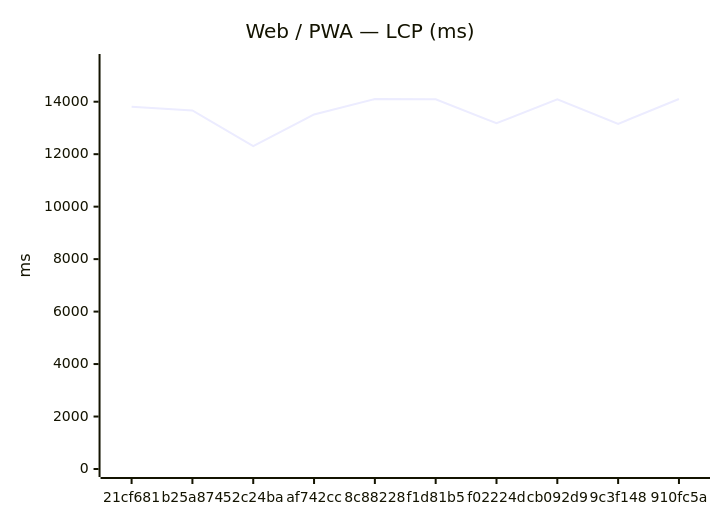
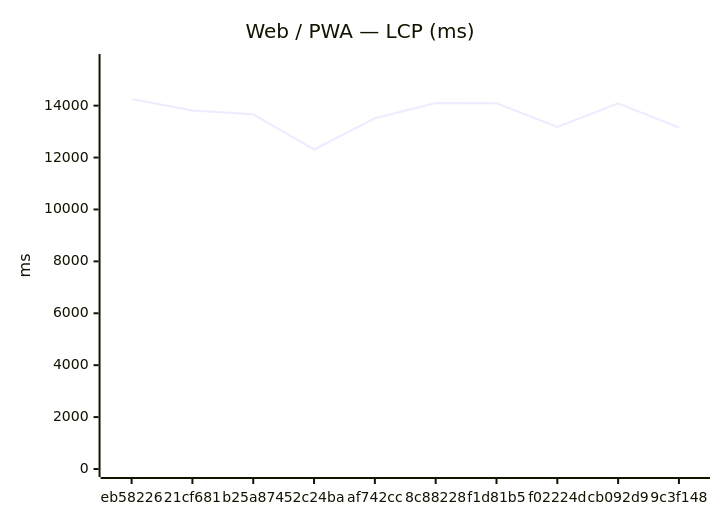
The first of 18 diagrams in benchmarks/compare.md (Metaheurist/Rianell), drawn with Mermaid before and after one commit. The commit also changed other lines of this file and 11 other files, not shown here.

````diff
--- a/benchmarks/compare.md
+++ b/benchmarks/compare.md
@@ -24,7 +24,7 @@
 ```mermaid
 xychart-beta
     title "Web / PWA — LCP (ms)"
-    x-axis ["21cf681", "b25a874", "52c24ba", "af742cc", "8c88228", "f1d81b5", "f02224d", "cb092d9", "9c3f148", "910fc5a"]
-    y-axis "ms" 0 --> 15514
-    line [13811, 13665, 12311, 13514, 14099, 14091, 13178, 14089, 13157, 14103]
+    x-axis ["eb58226", "21cf681", "b25a874", "52c24ba", "af742cc", "8c88228", "f1d81b5", "f02224d", "cb092d9", "9c3f148"]
+    y-axis "ms" 0 --> 15682
+    line [14256, 13811, 13665, 12311, 13514, 14099, 14091, 13178, 14089, 13157]
 ```
````
